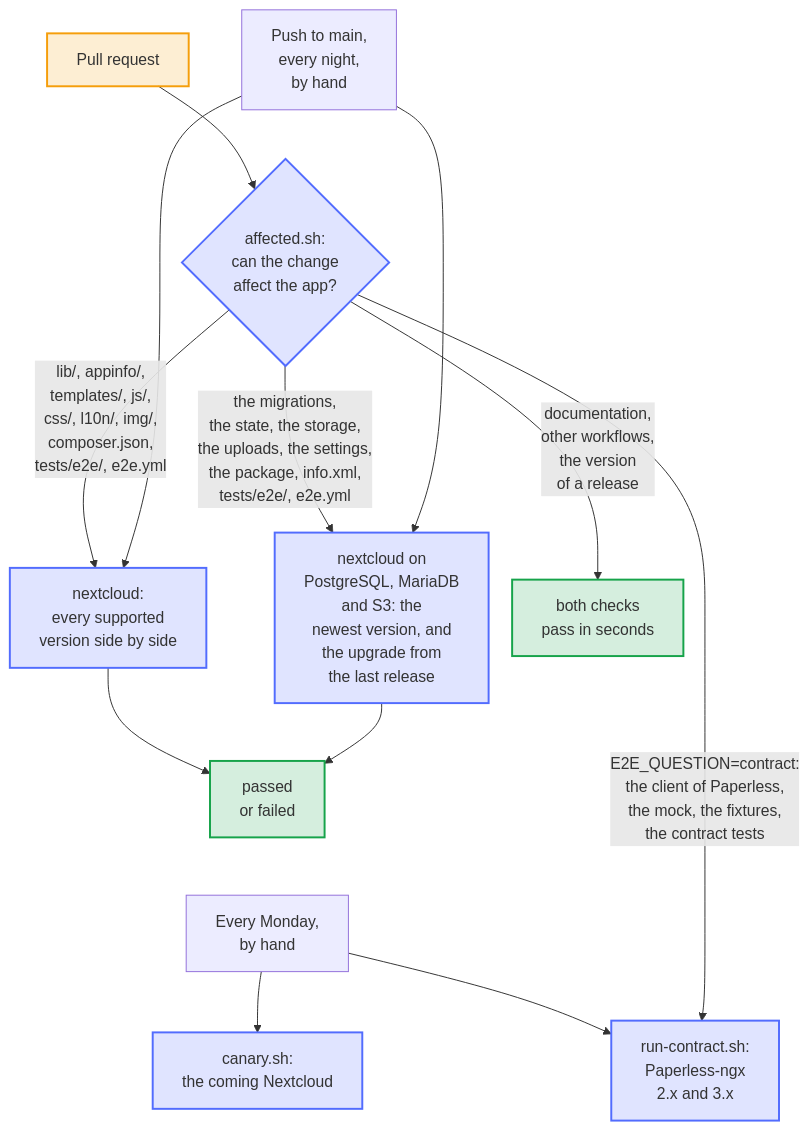
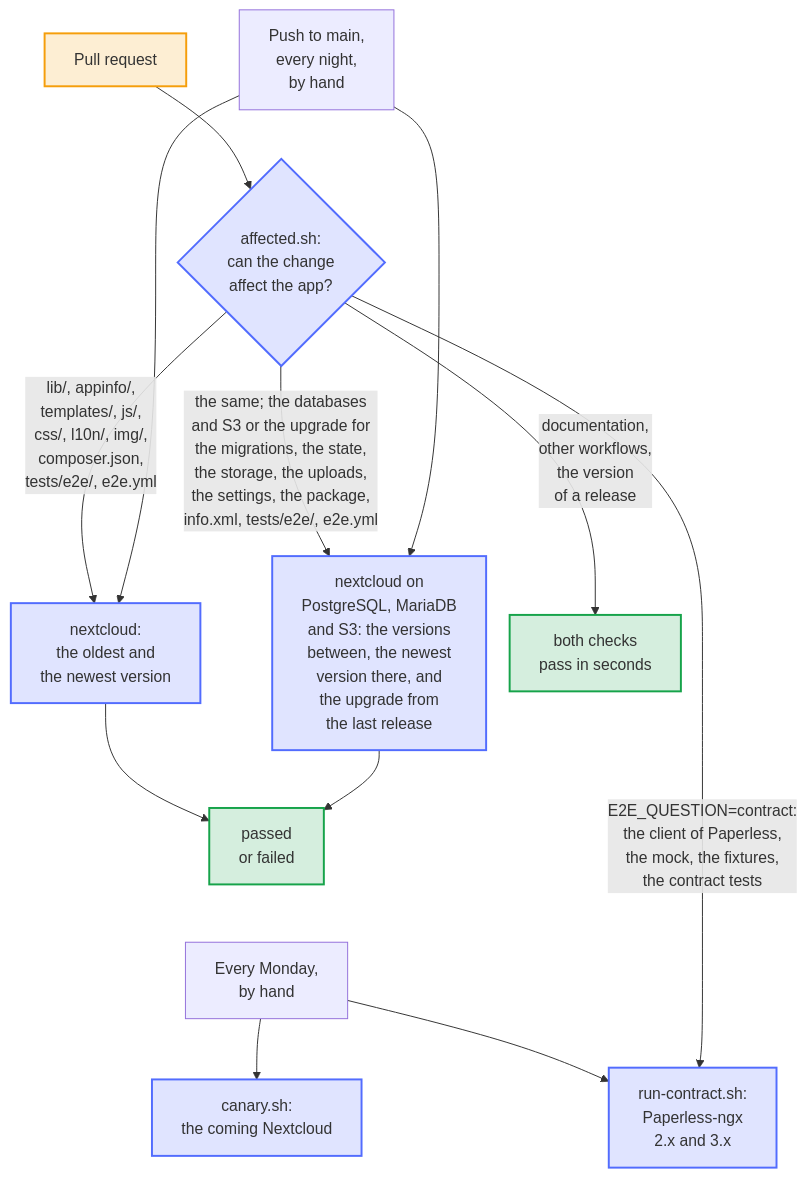
One commit to Dennis-Otto/paperless-sync changed the diagram in docs/diagrams/when-the-end-to-end-tests-run.mmd. Above: the diagram before and after it, drawn with Mermaid. The commit also changed 21 other files, not shown here.

First line of the commit message:
ci(e2e): cut the per-call overhead of the end-to-end tests and balance the stacks over both jobs (#269)

```diff
--- a/docs/diagrams/when-the-end-to-end-tests-run.mmd
+++ b/docs/diagrams/when-the-end-to-end-tests-run.mmd
@@ -1,41 +1,41 @@
 ---
 config:
   flowchart:
     nodeSpacing: 24
 ---
 flowchart TB
     accTitle: When the end-to-end tests run
-    accDescr: A pull request runs the end-to-end tests only when it changes the app, its tests or their workflow; otherwise both required checks pass at once. The check nextcloud then runs every supported version, and the check nextcloud on PostgreSQL, MariaDB and S3 runs the newest version there when the change can behave differently on another database or storage, and the upgrade from the last release when the change can break it, and passes at once otherwise. Every push to main and every night run both, and every Monday the canary runs the tests against the coming Nextcloud. The contract tests run the app against a real Paperless-ngx 2.x and 3.x every Monday, by hand, and in a pull request that changes how the app talks to Paperless.
+    accDescr: A pull request runs the end-to-end tests only when it changes the app, its tests or their workflow; otherwise both required checks pass at once. The check nextcloud then runs the oldest and the newest supported version, and the check nextcloud on PostgreSQL, MariaDB and S3 the versions between, the newest version on those databases and S3 when the change can behave differently there, and the upgrade from the last release when the change can break it. Every push to main and every night run both, and every Monday the canary runs the tests against the coming Nextcloud. The contract tests run the app against a real Paperless-ngx 2.x and 3.x every Monday, by hand, and in a pull request that changes how the app talks to Paperless.
 
     pr["Pull request"]
     main["Push to main,<br>every night,<br>by hand"]
     affected{"affected.sh:<br>can the change<br>affect the app?"}
-    all["nextcloud:<br>every supported<br>version side by side"]
-    variants["nextcloud on<br>PostgreSQL, MariaDB<br>and S3: the<br>newest version, and<br>the upgrade from<br>the last release"]
+    all["nextcloud:<br>the oldest and<br>the newest version"]
+    variants["nextcloud on<br>PostgreSQL, MariaDB<br>and S3: the versions<br>between, the newest<br>version there, and<br>the upgrade from<br>the last release"]
     skipped["both checks<br>pass in seconds"]
     result["passed<br>or failed"]
     monday["Every Monday,<br>by hand"]
     canary["canary.sh:<br>the coming Nextcloud"]
     contract["run-contract.sh:<br>Paperless-ngx<br>2.x and 3.x"]
 
     pr --> affected
     affected -- "lib/, appinfo/,<br>templates/, js/,<br>css/, l10n/, img/,<br>composer.json,<br>tests/e2e/, e2e.yml" --> all
-    affected -- "the migrations,<br>the state, the storage,<br>the uploads, the settings,<br>the package, info.xml,<br>tests/e2e/, e2e.yml" --> variants
+    affected -- "the same; the databases<br>and S3 or the upgrade for<br>the migrations, the state,<br>the storage, the uploads,<br>the settings, the package,<br>info.xml, tests/e2e/, e2e.yml" --> variants
     affected -- "documentation,<br>other workflows,<br>the version<br>of a release" --> skipped
     main --> all
     main --> variants
     %% Invisible links keep the triggers in one row and the canary below the rest.
     main ~~~ affected
     all --> result
     variants --> result
     result ~~~ monday
     monday --> canary
     monday --> contract
     affected -- "E2E_QUESTION=contract:<br>the client of Paperless,<br>the mock, the fixtures,<br>the contract tests" --> contract
 
     classDef bot fill:#526cfe2e,stroke:#526cfe,stroke-width:2px
     classDef person fill:#f59e0b2e,stroke:#f59e0b,stroke-width:2px
     classDef done fill:#16a34a2e,stroke:#16a34a,stroke-width:2px
     class pr person
     class affected,all,variants,canary,contract bot
     class skipped,result done
```
